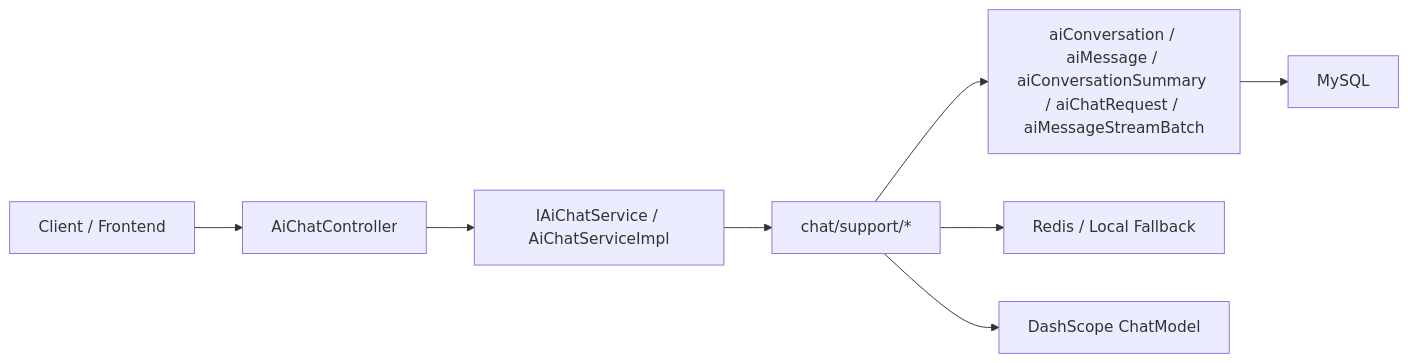
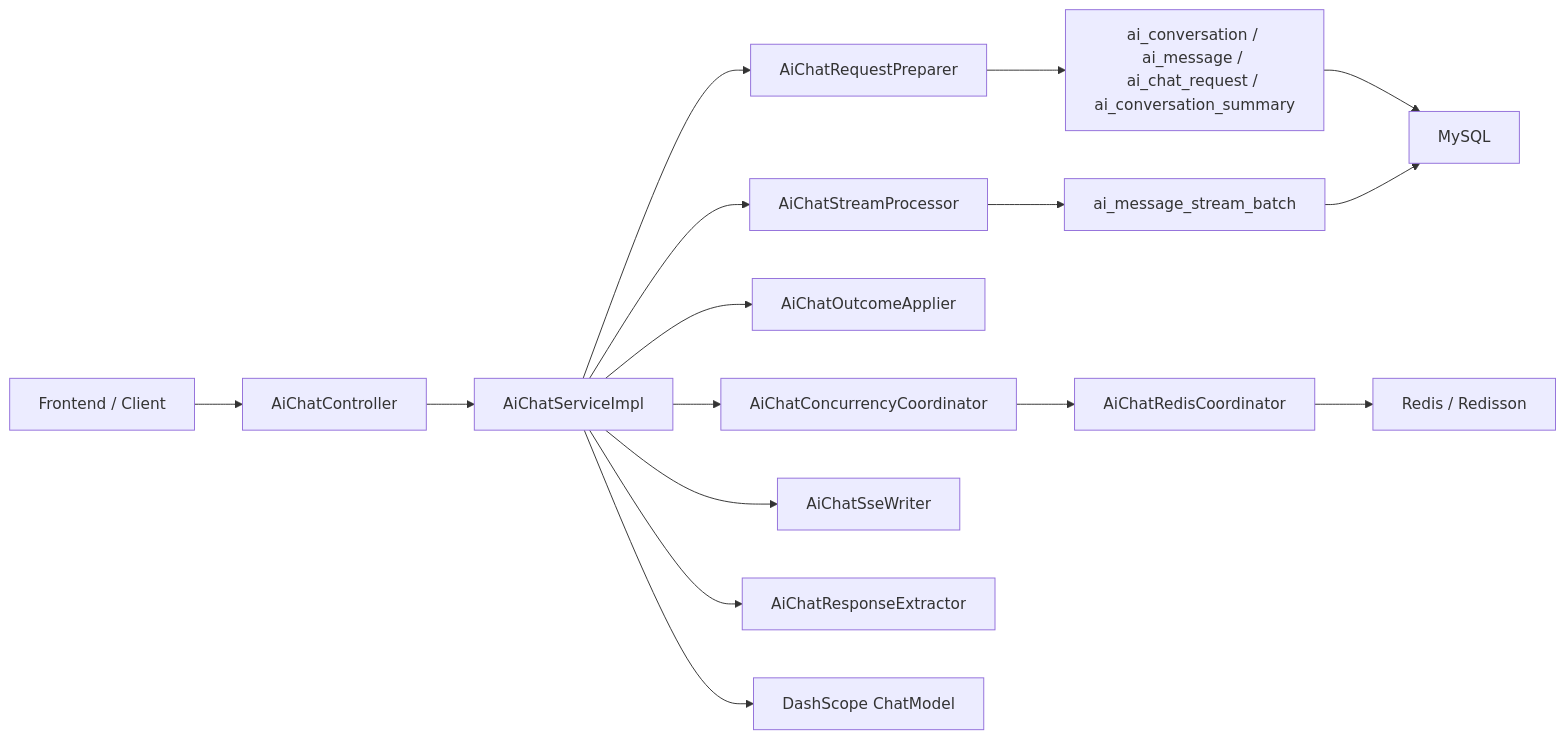
The first of 3 diagrams in docs/aichat/ai-chat-design.md (Askwayer/modular-hub), drawn with Mermaid before and after one commit. The commit also changed other lines of this file and 16 other files, not shown here.

````diff
--- a/docs/aichat/ai-chat-design.md
+++ b/docs/aichat/ai-chat-design.md
@@ -73,12 +44,21 @@
 ```mermaid
 flowchart LR
-    Client["Client / Frontend"] --> Controller["AiChatController"]
-    Controller --> Service["IAiChatService / AiChatServiceImpl"]
+    Client["Frontend / Client"] --> Controller["AiChatController"]
+    Controller --> Service["AiChatServiceImpl"]
 
-    Service --> Support["chat/support/*"]
-    Support --> Domain["aiConversation / aiMessage / aiConversationSummary / aiChatRequest / aiMessageStreamBatch"]
+    Service --> Preparer["AiChatRequestPreparer"]
+    Service --> Concurrency["AiChatConcurrencyCoordinator"]
+    Service --> Outcome["AiChatOutcomeApplier"]
+    Service --> Stream["AiChatStreamProcessor"]
+    Service --> Writer["AiChatSseWriter"]
+    Service --> Extractor["AiChatResponseExtractor"]
 
-    Support --> Redis["Redis / Local Fallback"]
-    Support --> Model["DashScope ChatModel"]
+    Concurrency --> RedisCoord["AiChatRedisCoordinator"]
+    RedisCoord --> Redis["Redis / Redisson"]
+
+    Preparer --> Domain["ai_conversation / ai_message / ai_chat_request / ai_conversation_summary"]
+    Stream --> Batch["ai_message_stream_batch"]
+    Service --> Model["DashScope ChatModel"]
     Domain --> DB["MySQL"]
+    Batch --> DB
 ```
````
